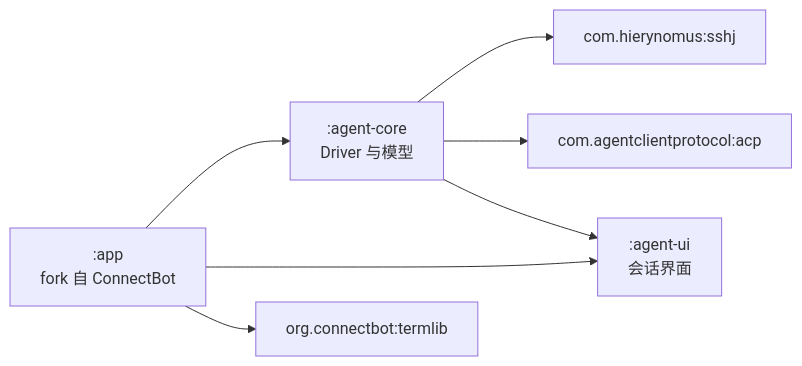
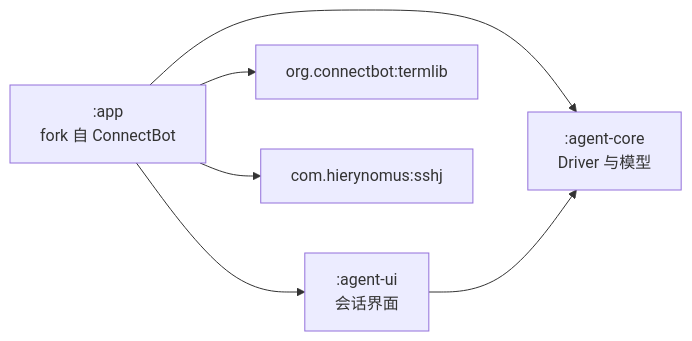
One commit to collegeming/rmAgentMa changed the second of 6 diagrams in 05-技术方案.md. Above: the diagram before and after it, drawn with Mermaid. The commit also changed other lines of this file and 51 other files, not shown here.

````diff
--- a/05-技术方案.md
+++ b/05-技术方案.md
@@ -46,9 +66,8 @@
 ```mermaid
 flowchart LR
     APP[":app<br/>fork 自 ConnectBot"] --> CORE[":agent-core<br/>Driver 与模型"]
     APP --> UI2[":agent-ui<br/>会话界面"]
     APP --> TERM["org.connectbot:termlib"]
-    CORE --> SSHLIB["com.hierynomus:sshj"]
-    CORE --> ACPLIB["com.agentclientprotocol:acp"]
-    CORE --> UI2
+    APP --> SSHLIB["com.hierynomus:sshj"]
+    UI2 --> CORE
 ```
````
